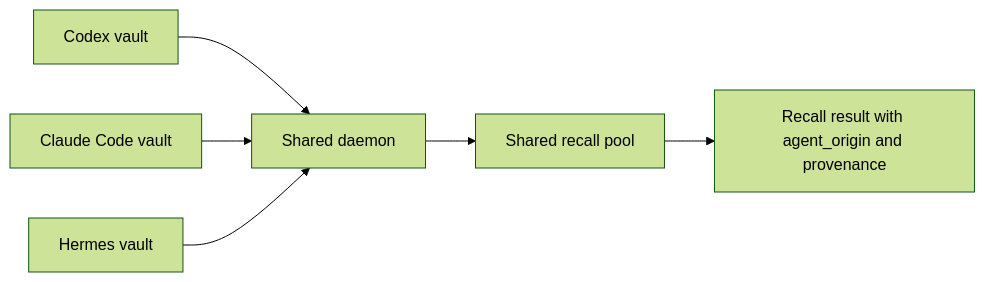
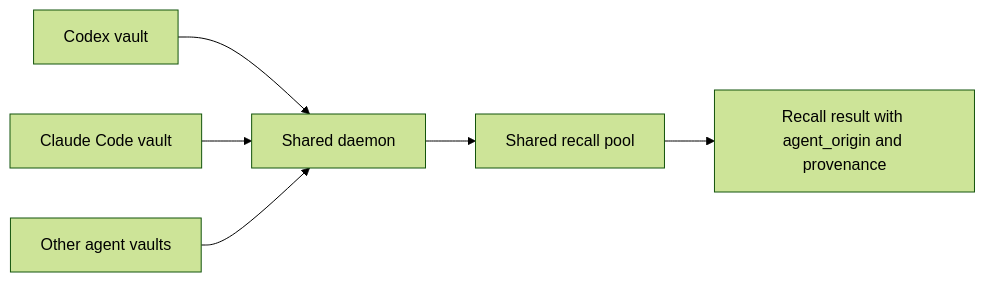
One commit to infektyd/minni changed the ninth of 12 diagrams in docs/design/SOVEREIGN_MEMORY_EXPLAINER.md. Above: the diagram before and after it, drawn with Mermaid (forest theme). The commit also changed other lines of this file and 19 other files, not shown here.

````diff
--- a/docs/design/SOVEREIGN_MEMORY_EXPLAINER.md
+++ b/docs/design/SOVEREIGN_MEMORY_EXPLAINER.md
@@ -429,14 +427,14 @@
 ```mermaid
 flowchart LR
     CodexVault["Codex vault"]
     ClaudeVault["Claude Code vault"]
-    HermesVault["Hermes vault"]
+    OtherVaults["Other agent vaults"]
     Daemon["Shared daemon"]
     Pool["Shared recall pool"]
     Result["Recall result with agent_origin and provenance"]
 
     CodexVault --> Daemon
     ClaudeVault --> Daemon
-    HermesVault --> Daemon
+    OtherVaults --> Daemon
     Daemon --> Pool --> Result
 ```
````
